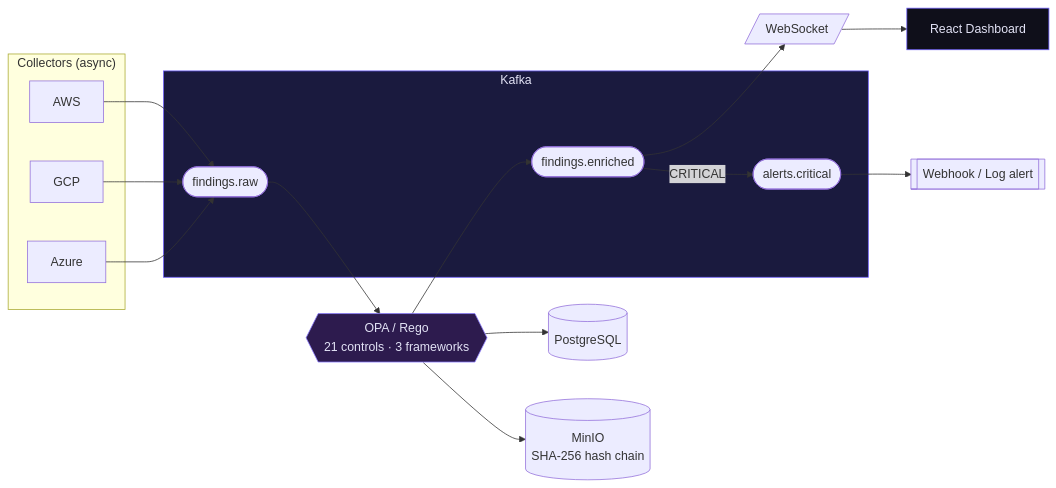
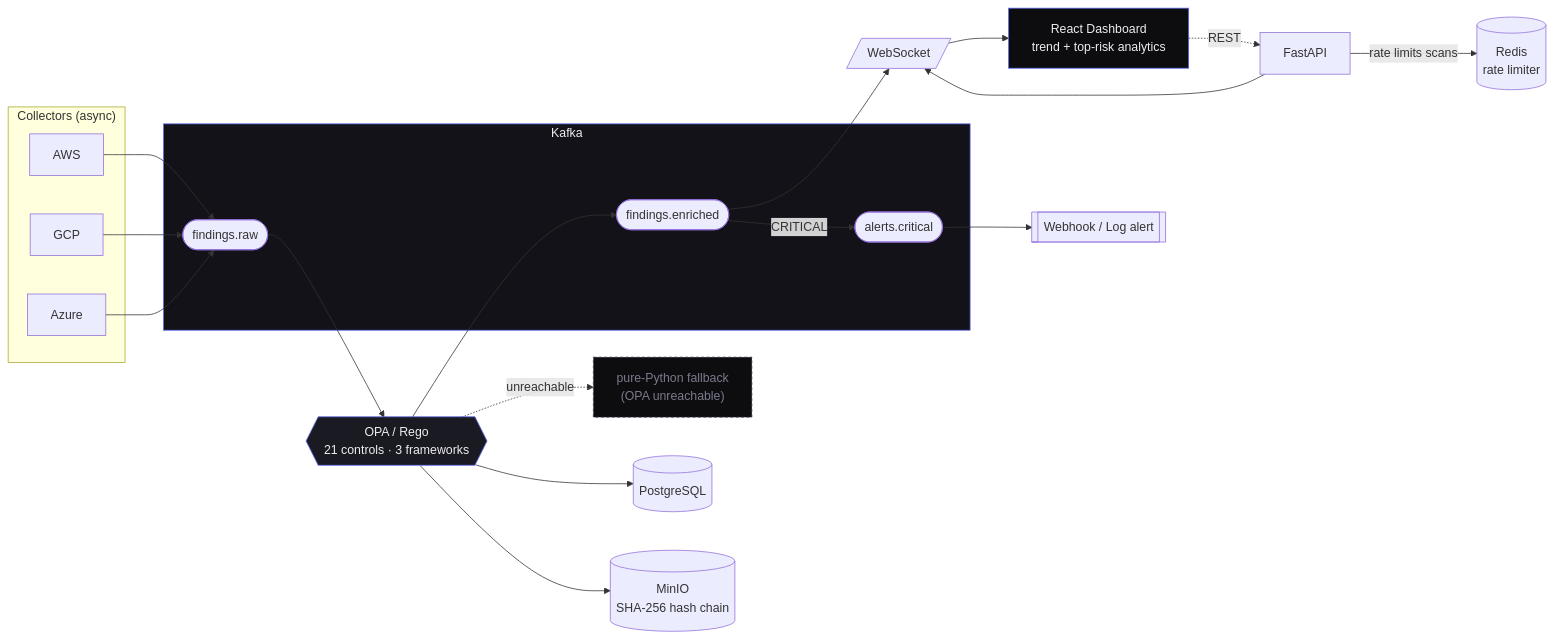
The diagram in README.md (Gi-v/cloudsecops-pipeline), drawn with Mermaid before and after one commit. The commit also changed other lines of this file and 17 other files, not shown here.

````diff
--- a/README.md
+++ b/README.md
@@ -100,33 +100,41 @@
 ```mermaid
 flowchart LR
     subgraph Collectors["Collectors (async)"]
         AWS[AWS]
         GCP[GCP]
         AZ[Azure]
     end
 
     subgraph Kafka["Kafka"]
         RAW([findings.raw])
         ENR([findings.enriched])
         ALERT([alerts.critical])
     end
 
     OPA{{"OPA / Rego\n21 controls · 3 frameworks"}}
+    FALLBACK["pure-Python fallback\n(OPA unreachable)"]
     PG[(PostgreSQL)]
     MINIO[(MinIO\nSHA-256 hash chain)]
+    REDIS[(Redis\nrate limiter)]
     WS[/WebSocket/]
-    DASH[React Dashboard]
+    API[FastAPI]
+    DASH["React Dashboard\ntrend + top-risk analytics"]
     HOOK[[Webhook / Log alert]]
 
     AWS & GCP & AZ --> RAW
     RAW --> OPA
+    OPA -.unreachable.-> FALLBACK
     OPA --> PG
     OPA --> MINIO
     OPA --> ENR
     ENR --> WS --> DASH
     ENR -- CRITICAL --> ALERT --> HOOK
+    API -- rate limits scans --> REDIS
+    API --> WS
+    DASH -.REST.-> API
 
-    style Kafka fill:#1a1a3e,stroke:#6d5efc,color:#e2e2f5
-    style OPA fill:#2d1b4e,stroke:#8c7cff,color:#e2e2f5
-    style DASH fill:#0f0f1a,stroke:#6d5efc,color:#e2e2f5
+    style Kafka fill:#121218,stroke:#5b6af0,color:#ededf0
+    style OPA fill:#1a1a22,stroke:#5b6af0,color:#ededf0
+    style DASH fill:#0d0d10,stroke:#5b6af0,color:#ededf0
+    style FALLBACK fill:#0d0d10,stroke:#3e3e50,color:#7a7a8c,stroke-dasharray: 4 3
 ```
````
